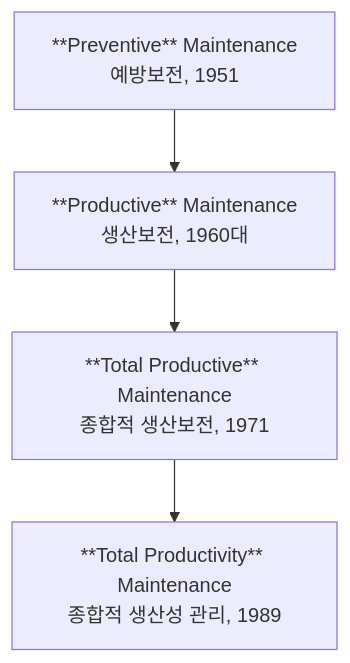
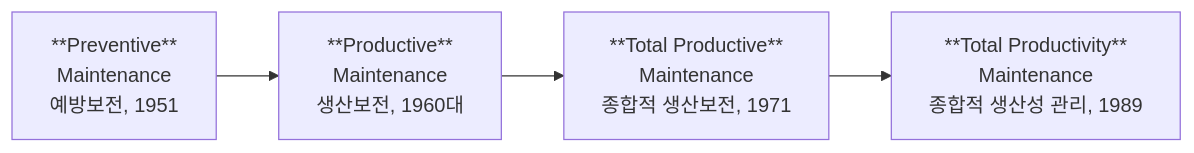
The first of 5 diagrams in 0602설비보전관리.qmd (yeonkyupark/pepc2e), drawn with Mermaid before and after one commit. The commit also changed other lines of this file, not shown here.

````diff
--- a/0602설비보전관리.qmd
+++ b/0602설비보전관리.qmd
@@ -10,9 +12,9 @@
 ```{mermaid}
-flowchart TD
-1["**Preventive** Maintenance<br>예방보전, 1951"]
-2["**Productive** Maintenance<br>생산보전, 1960대"]
-3["**Total Productive** Maintenance<br>종합적 생산보전, 1971"]
-4["**Total Productivity** Maintenance<br>종합적 생산성 관리, 1989"]
+flowchart LR
+1["**Preventive**<br>Maintenance<br>예방보전, 1951"]
+2["**Productive**<br>Maintenance<br>생산보전, 1960대"]
+3["**Total Productive**<br>Maintenance<br>종합적 생산보전, 1971"]
+4["**Total Productivity**<br>Maintenance<br>종합적 생산성 관리, 1989"]
 
 1 --> 2 --> 3 --> 4
 ```
````
